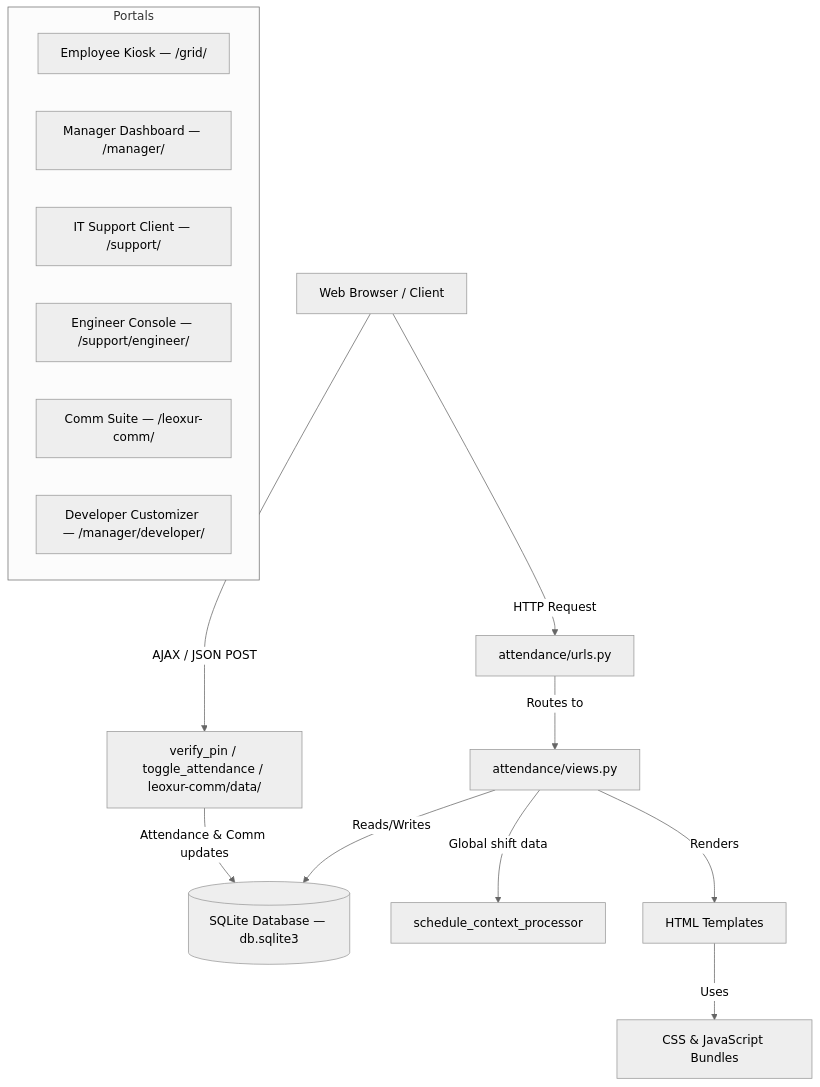
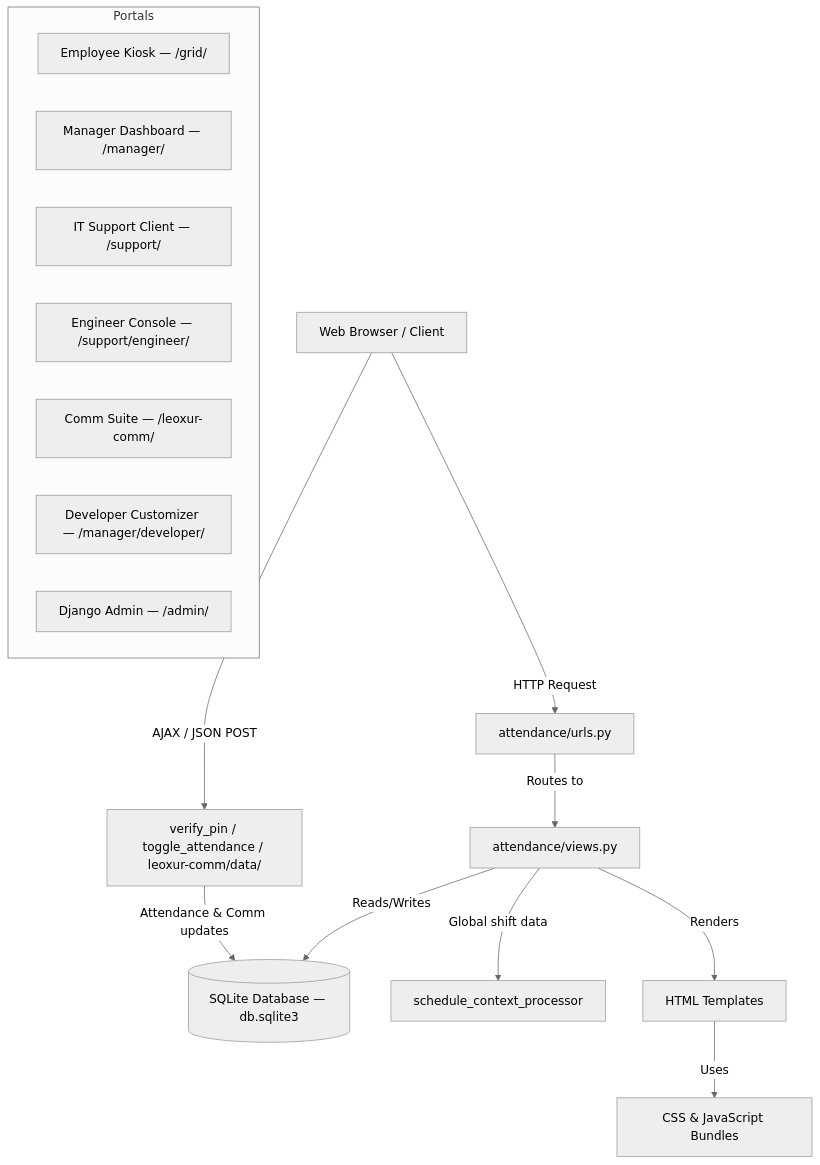
The diagram in README.md (leoxurDev/EmployeeManagementTool), drawn with Mermaid (neutral theme) before and after one commit. The commit also changed other lines of this file and 1 other file, not shown here.

````diff
--- a/README.md
+++ b/README.md
@@ -38,23 +41,24 @@
 ```mermaid
 graph TD
     Browser[Web Browser / Client] -->|HTTP Request| DjangoURLs[attendance/urls.py]
     DjangoURLs -->|Routes to| DjangoViews[attendance/views.py]
 
     DjangoViews -->|Reads/Writes| DB[(SQLite Database — db.sqlite3)]
     DjangoViews -->|Global shift data| ContextProc[schedule_context_processor]
 
     DjangoViews -->|Renders| Templates[HTML Templates]
     Templates -->|Uses| StaticFiles[CSS & JavaScript Bundles]
 
     Browser -->|AJAX / JSON POST| APIEndpoints[verify_pin / toggle_attendance / leoxur-comm/data/]
     APIEndpoints -->|Attendance & Comm updates| DB
 
     subgraph Portals
         Kiosk[Employee Kiosk — /grid/]
         ManagerDash[Manager Dashboard — /manager/]
         SupportClient[IT Support Client — /support/]
         SupportEng[Engineer Console — /support/engineer/]
         LeoxurComm[Comm Suite — /leoxur-comm/]
         DevPage[Developer Customizer — /manager/developer/]
+        AdminPanel[Django Admin — /admin/]
     end
 ```
````
